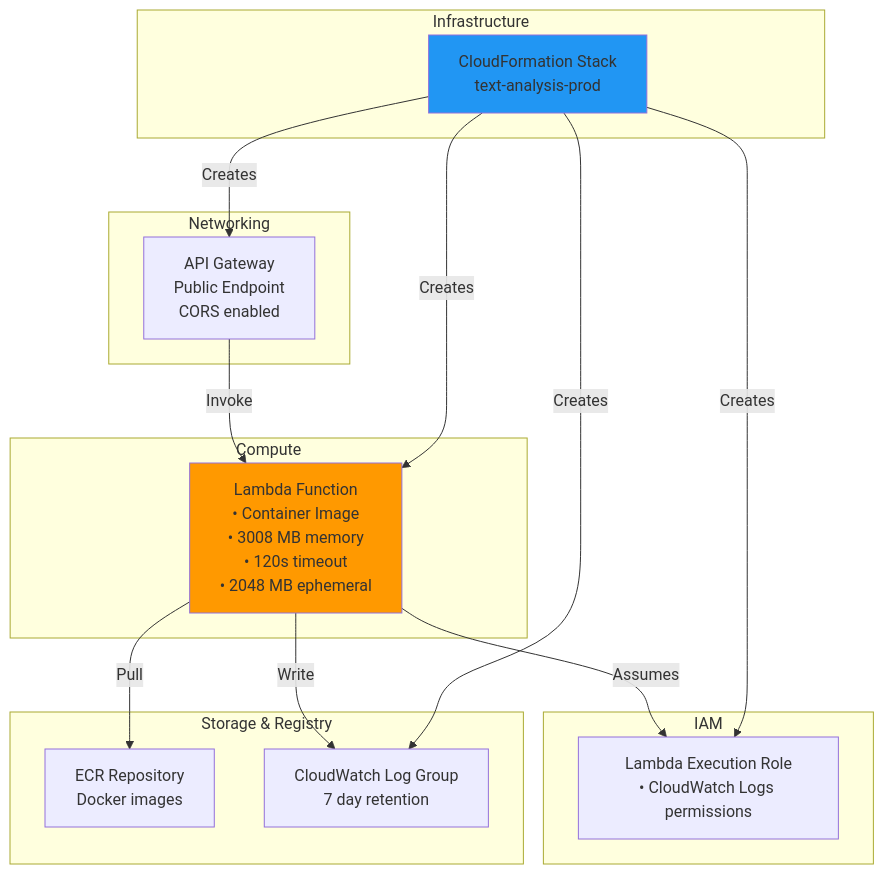
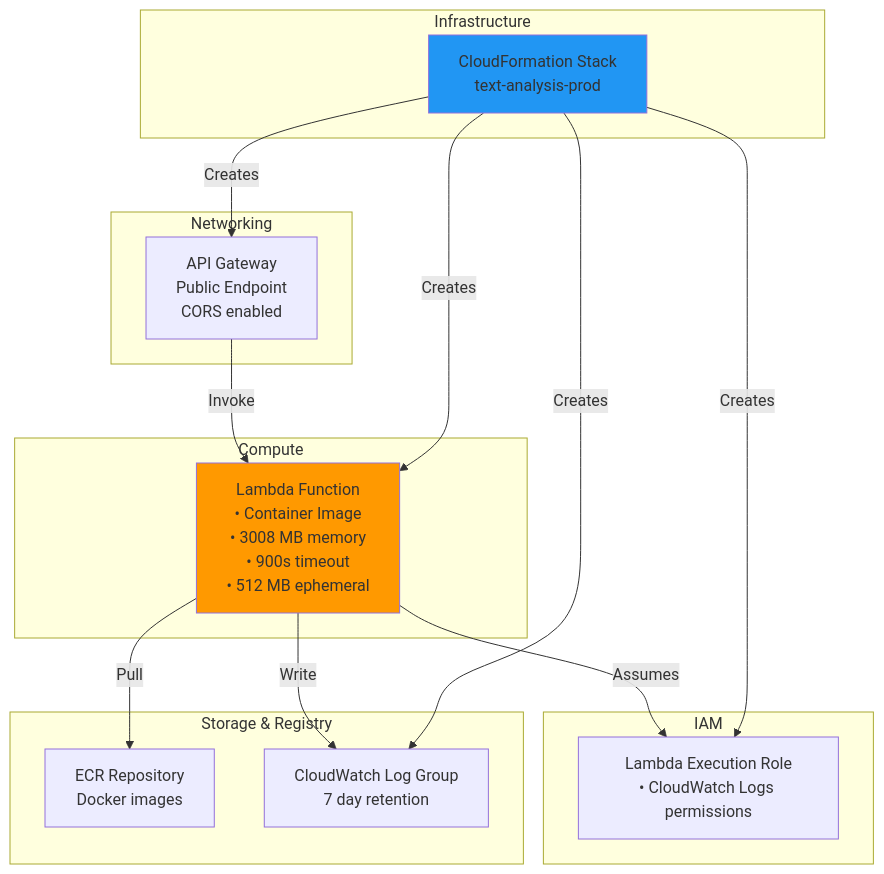
The tenth of 10 diagrams in docs/ARCHITECTURE_DIAGRAMS.md (kaikoh95/thematic-assessment), drawn with Mermaid before and after one commit. The commit also changed 8 other files, not shown here.

First line of the commit message:
docs: update all references to Lambda timeout (120s → 900s)

````diff
--- a/docs/ARCHITECTURE_DIAGRAMS.md
+++ b/docs/ARCHITECTURE_DIAGRAMS.md
@@ -458,36 +458,36 @@
 ```mermaid
 graph TB
     subgraph "IAM"
         ROLE[Lambda Execution Role<br/>• CloudWatch Logs permissions]
     end
 
     subgraph "Networking"
         APIGW_ENDPOINT[API Gateway<br/>Public Endpoint<br/>CORS enabled]
     end
 
     subgraph "Compute"
-        LAMBDA_FUNC[Lambda Function<br/>• Container Image<br/>• 3008 MB memory<br/>• 120s timeout<br/>• 2048 MB ephemeral]
+        LAMBDA_FUNC[Lambda Function<br/>• Container Image<br/>• 3008 MB memory<br/>• 900s timeout<br/>• 512 MB ephemeral]
     end
 
     subgraph "Storage & Registry"
         ECR_REPO[ECR Repository<br/>Docker images]
         CW_LOGS[CloudWatch Log Group<br/>7 day retention]
     end
 
     subgraph "Infrastructure"
         CFN_STACK[CloudFormation Stack<br/>text-analysis-prod]
     end
 
     APIGW_ENDPOINT -->|Invoke| LAMBDA_FUNC
     LAMBDA_FUNC -->|Assumes| ROLE
     LAMBDA_FUNC -->|Pull| ECR_REPO
     LAMBDA_FUNC -->|Write| CW_LOGS
 
     CFN_STACK -->|Creates| APIGW_ENDPOINT
     CFN_STACK -->|Creates| LAMBDA_FUNC
     CFN_STACK -->|Creates| ROLE
     CFN_STACK -->|Creates| CW_LOGS
 
     style LAMBDA_FUNC fill:#ff9900
     style CFN_STACK fill:#2196F3
 ```
````
